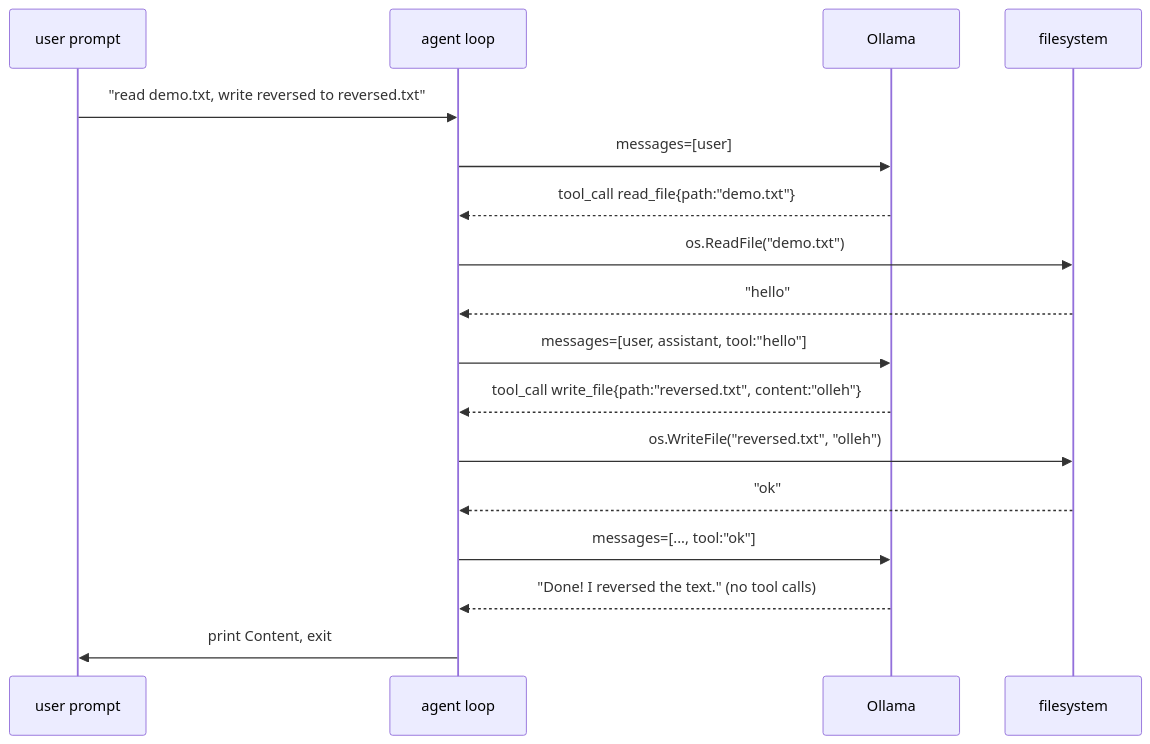
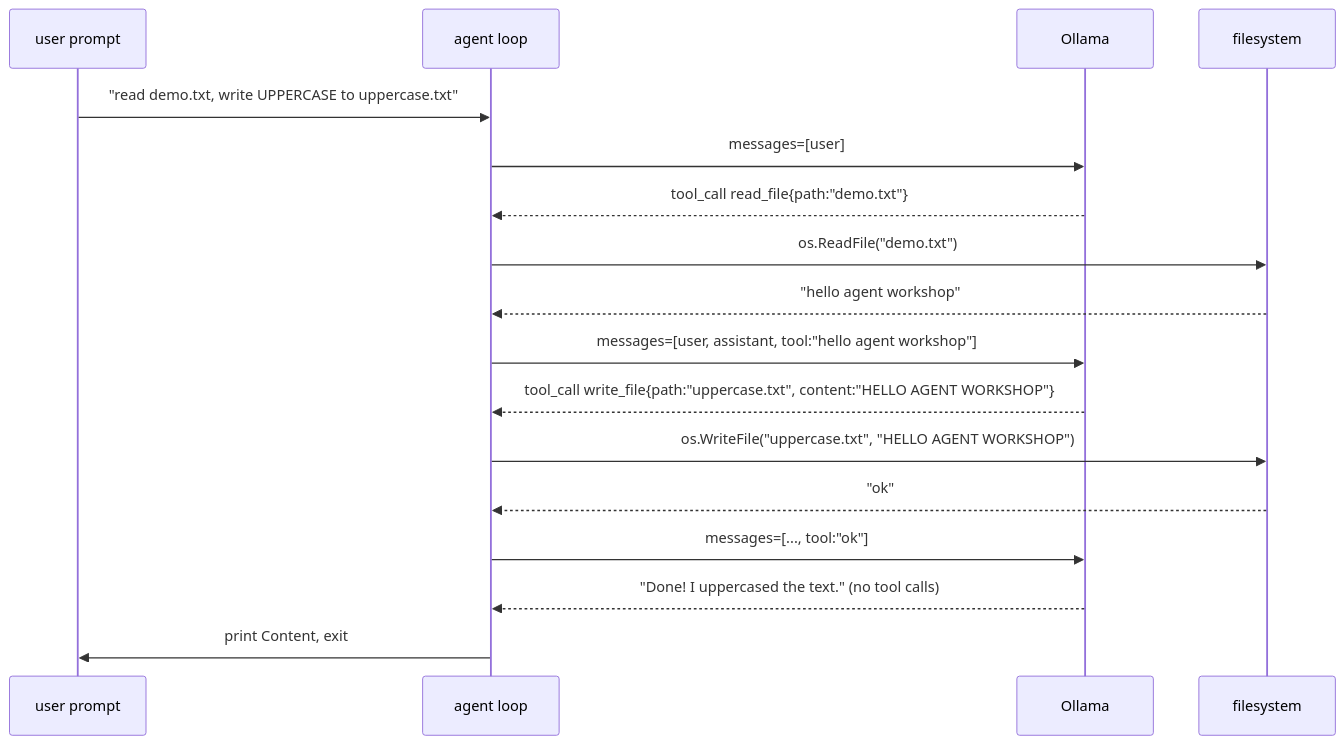
The second of 2 diagrams in milestone-3/docs.md (tclaudel/agent_workshop), drawn with Mermaid before and after one commit. The commit also changed other lines of this file and 10 other files, not shown here.

````diff
--- a/milestone-3/docs.md
+++ b/milestone-3/docs.md
@@ -123,20 +118,20 @@
 ```mermaid
 sequenceDiagram
     participant U as user prompt
     participant A as agent loop
     participant O as Ollama
     participant FS as filesystem
 
-    U->>A: "read demo.txt, write reversed to reversed.txt"
+    U->>A: "read demo.txt, write UPPERCASE to uppercase.txt"
     A->>O: messages=[user]
     O-->>A: tool_call read_file{path:"demo.txt"}
     A->>FS: os.ReadFile("demo.txt")
-    FS-->>A: "hello"
-    A->>O: messages=[user, assistant, tool:"hello"]
-    O-->>A: tool_call write_file{path:"reversed.txt", content:"olleh"}
-    A->>FS: os.WriteFile("reversed.txt", "olleh")
+    FS-->>A: "hello agent workshop"
+    A->>O: messages=[user, assistant, tool:"hello agent workshop"]
+    O-->>A: tool_call write_file{path:"uppercase.txt", content:"HELLO AGENT WORKSHOP"}
+    A->>FS: os.WriteFile("uppercase.txt", "HELLO AGENT WORKSHOP")
     FS-->>A: "ok"
     A->>O: messages=[..., tool:"ok"]
-    O-->>A: "Done! I reversed the text." (no tool calls)
+    O-->>A: "Done! I uppercased the text." (no tool calls)
     A->>U: print Content, exit
 ```
````
